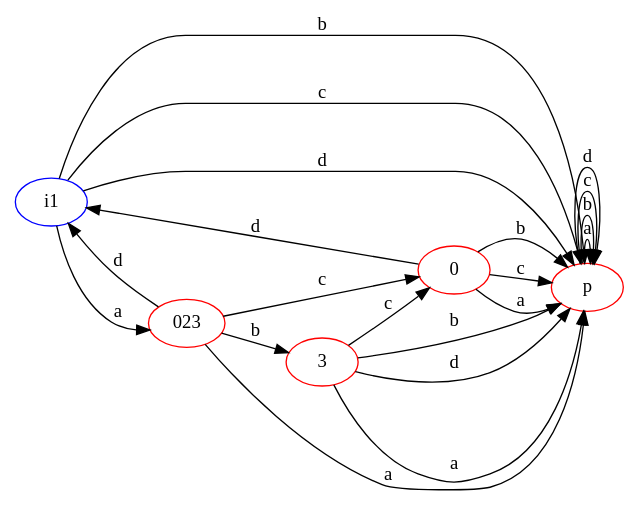
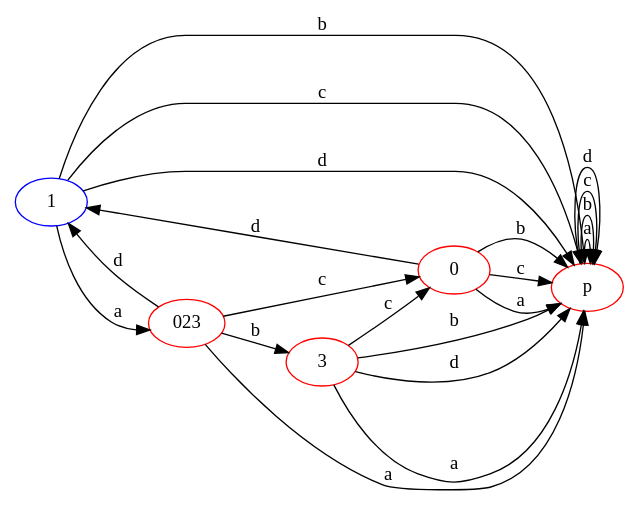
One commit to ZvNico/MathInfo changed the diagram in graphes/A4-22.gv. Above: the diagram before and after it, drawn with Graphviz. The commit also changed 57 other files, not shown here.

```diff
--- a/graphes/A4-22.gv
+++ b/graphes/A4-22.gv
@@ -1,28 +1,28 @@
 digraph {
 	rankdir=LR
 	p [color=red]
 	p -> p [label=a]
 	p -> p [label=b]
 	p -> p [label=c]
 	p -> p [label=d]
-	i1 [color=blue]
-	i1 -> 023 [label=a]
-	i1 -> p [label=b]
-	i1 -> p [label=c]
-	i1 -> p [label=d]
+	1 [color=blue]
+	1 -> 023 [label=a]
+	1 -> p [label=b]
+	1 -> p [label=c]
+	1 -> p [label=d]
 	0 [color=red]
-	0 -> i1 [label=d]
+	0 -> 1 [label=d]
 	0 -> p [label=a]
 	0 -> p [label=b]
 	0 -> p [label=c]
 	023 [color=red]
-	023 -> i1 [label=d]
+	023 -> 1 [label=d]
 	023 -> 3 [label=b]
 	023 -> 0 [label=c]
 	023 -> p [label=a]
 	3 [color=red]
 	3 -> 0 [label=c]
 	3 -> p [label=a]
 	3 -> p [label=b]
 	3 -> p [label=d]
 }
```
